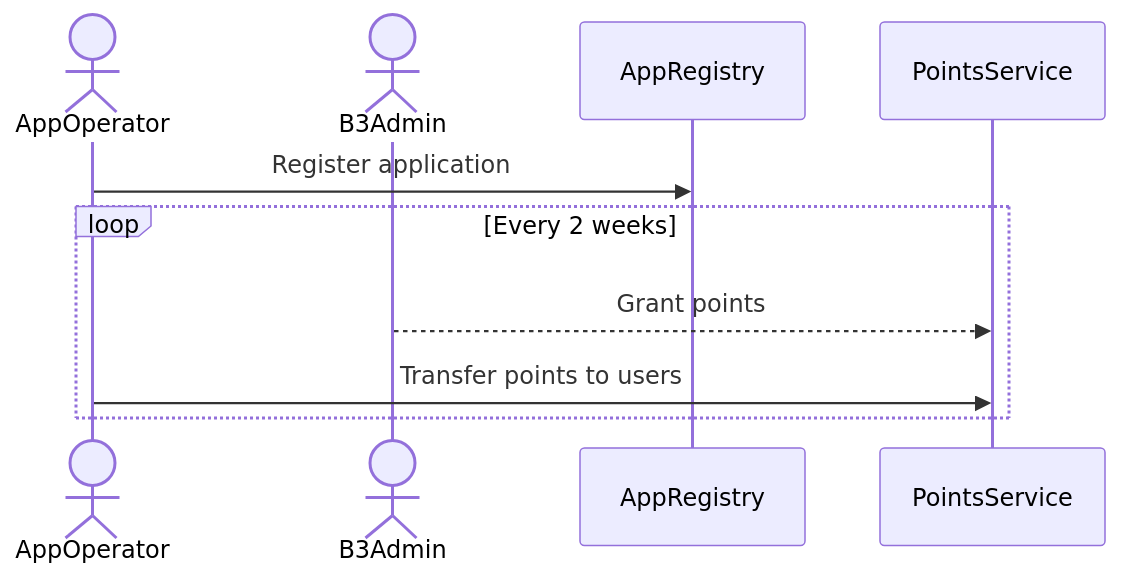
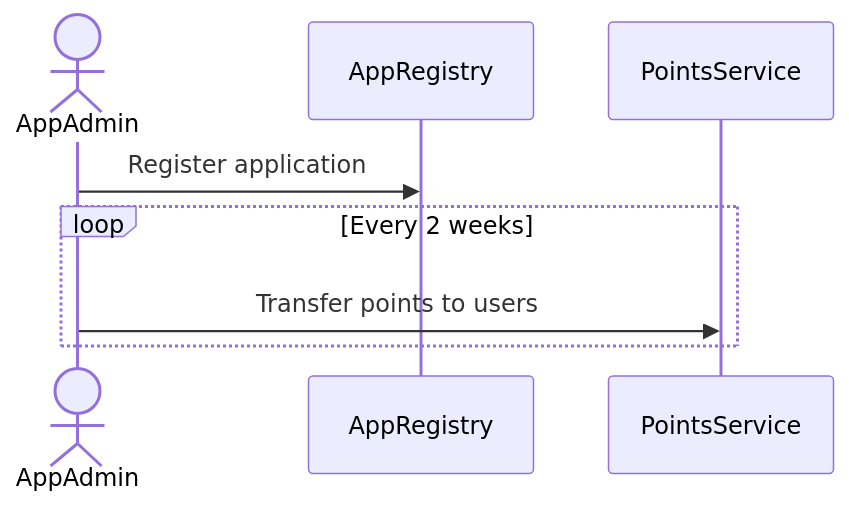
Before and after one commit to b3-fun/b3-points.sdk: the diagram in readme.md, drawn with Mermaid. The commit also changed 6 other files, not shown here.

Commit message:
rename app operator and clean up

````diff
--- a/readme.md
+++ b/readme.md
@@ -3,10 +3,8 @@
 ```mermaid
     sequenceDiagram
-        actor AppOperator
-        actor B3Admin
-        AppOperator->>AppRegistry: Register application
+        actor AppAdmin
+        AppAdmin->>AppRegistry: Register application
         loop Every 2 weeks
-            B3Admin-->>PointsService: Grant points
-            AppOperator->>PointsService: Transfer points to users
+            AppAdmin->>PointsService: Transfer points to users
         end
 ```
````
